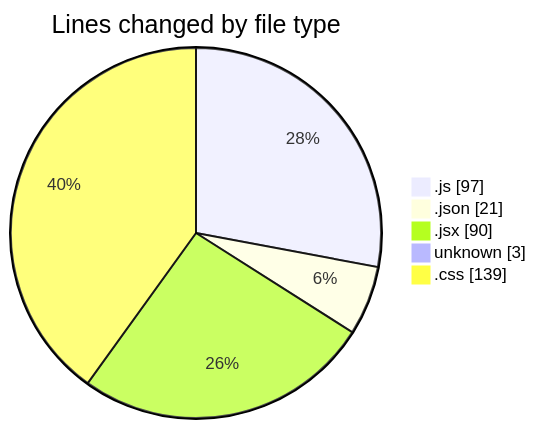
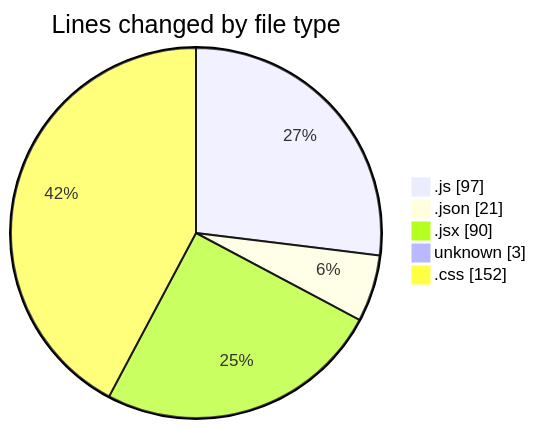
Before and after one commit to Ritupan-Deka/code-tracking: the first of 2 diagrams in 2025-06-03/realtimechat/README.md, drawn with Mermaid. The commit also changed other lines of this file and 1 other file, not shown here.

````diff
--- a/2025-06-03/realtimechat/README.md
+++ b/2025-06-03/realtimechat/README.md
@@ -25,9 +25,9 @@
 ```mermaid
 pie showData
 title Lines changed by file type
 ".js" : 97
 ".json" : 21
 ".jsx" : 90
 "unknown" : 3
-".css" : 139
+".css" : 152
 ```
````
